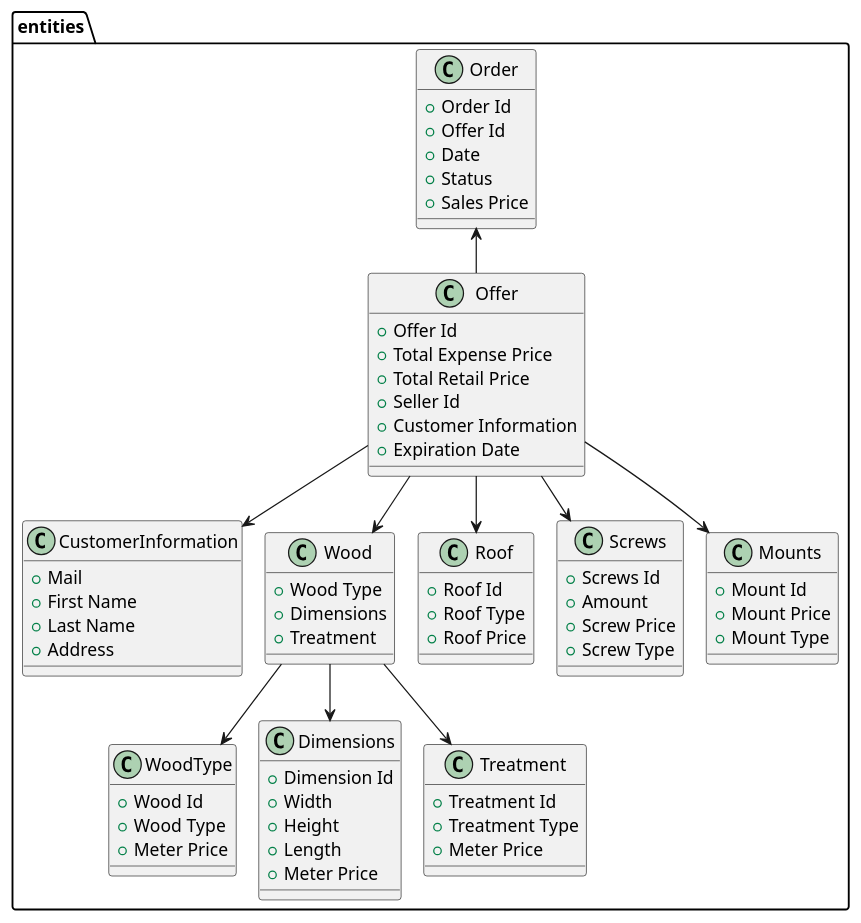
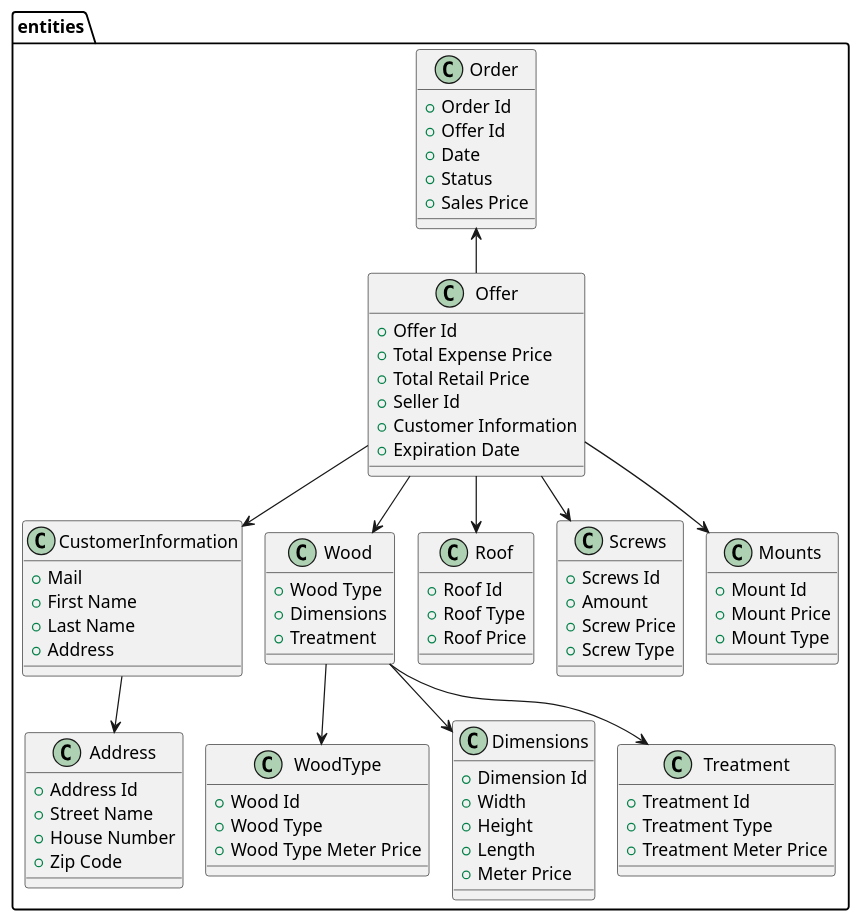
The diagram in src/documents/Models/DomaeneModel_v1.puml (MarcusPFF/Carport-Fog), drawn with PlantUML before and after one commit. The commit also changed 6 other files, not shown here.

Commit message:
alle entiteter er lavet + små updates i domænemodel_v1 og klassediagram_v1

```diff
--- a/src/documents/Models/DomaeneModel_v1.puml
+++ b/src/documents/Models/DomaeneModel_v1.puml
@@ -1,86 +1,92 @@
 @startuml
 
 !pragma layout smetana
 
 package entities {
     class CustomerInformation {
         + Mail
         + First Name
         + Last Name
         + Address
     }
     class Order {
         + Order Id
         + Offer Id
         + Date
         + Status
         + Sales Price
     }
     class Offer {
         + Offer Id
         + Total Expense Price
         + Total Retail Price
         + Seller Id
         + Customer Information
         + Expiration Date
     }
     class Wood {
         + Wood Type
         + Dimensions
         + Treatment
     }
 
     class WoodType {
         + Wood Id
         + Wood Type
-        + Meter Price
+        + Wood Type Meter Price
     }
     class Roof {
         + Roof Id
         + Roof Type
         + Roof Price
     }
 
     class Screws {
         + Screws Id
         + Amount
         + Screw Price
         + Screw Type
     }
 
     class Mounts {
         + Mount Id
         + Mount Price
         + Mount Type
     }
 
     class Dimensions {
         + Dimension Id
         + Width
         + Height
         + Length
         + Meter Price
     }
 
     class Treatment {
         + Treatment Id
         + Treatment Type
-        + Meter Price
+        + Treatment Meter Price
+    }
+    Class Address {
+        + Address Id
+        + Street Name
+        + House Number
+        + Zip Code
     }
 }
 
 entities.Order <-- entities.Offer
 
 entities.Offer --> entities.Wood
 entities.Offer --> entities.Screws
 entities.Offer --> entities.Mounts
 entities.Offer --> entities.Roof
 entities.Offer --> entities.CustomerInformation
 
 
 entities.Wood --> entities.Dimensions
 entities.Wood --> entities.Treatment
 entities.Wood --> entities.WoodType
 
-
+entities.CustomerInformation --> entities.Address
 @enduml
```
